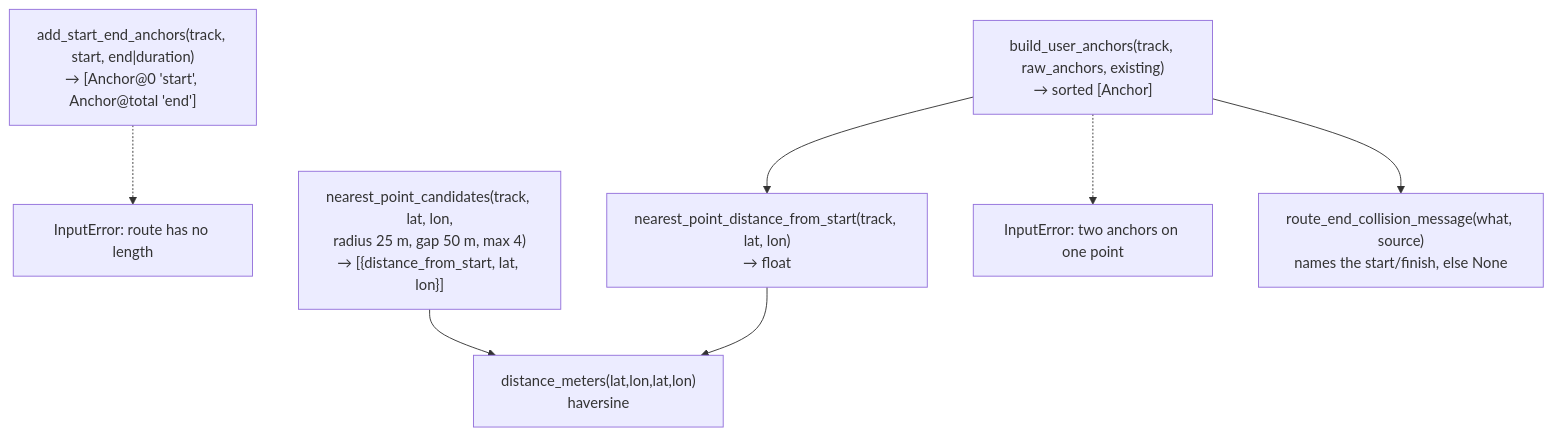
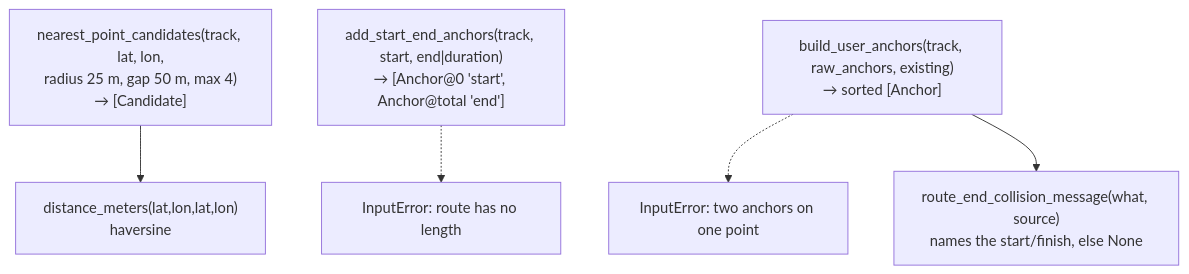
One commit to martin-iflap/GPX_to_FIT changed the third of 11 diagrams in docs/CORE_ARCHITECTURE.md. Above: the diagram before and after it, drawn with Mermaid. The commit also changed other lines of this file and 16 other files, not shown here.

Commit message:
2/2 of backend architecture, bug and performance checks and fixes (was actually 3 commits).

````diff
--- a/docs/CORE_ARCHITECTURE.md
+++ b/docs/CORE_ARCHITECTURE.md
@@ -229,11 +230,10 @@
 ```mermaid
 flowchart TD
   dm["distance_meters(lat,lon,lat,lon)<br/>haversine"]
-  np1["nearest_point_distance_from_start(track, lat, lon)<br/>→ float"] --> dm
-  npc["nearest_point_candidates(track, lat, lon,<br/>radius 25 m, gap 50 m, max 4)<br/>→ [{distance_from_start, lat, lon}]"] --> dm
+  npc["nearest_point_candidates(track, lat, lon,<br/>radius 25 m, gap 50 m, max 4)<br/>→ [Candidate]"] --> dm
   ase["add_start_end_anchors(track, start, end|duration)<br/>→ [Anchor@0 'start', Anchor@total 'end']"]
   ase -.-> lenerr["InputError: route has no length"]
-  bua["build_user_anchors(track, raw_anchors, existing)<br/>→ sorted [Anchor]"] --> np1
+  bua["build_user_anchors(track, raw_anchors, existing)<br/>→ sorted [Anchor]"]
   bua -.-> err["InputError: two anchors on one point"]
   bua --> recm["route_end_collision_message(what, source)<br/>names the start/finish, else None"]
 ```
````
